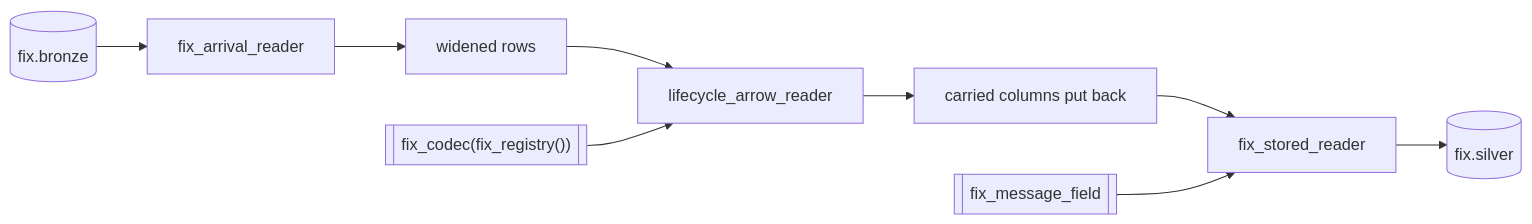
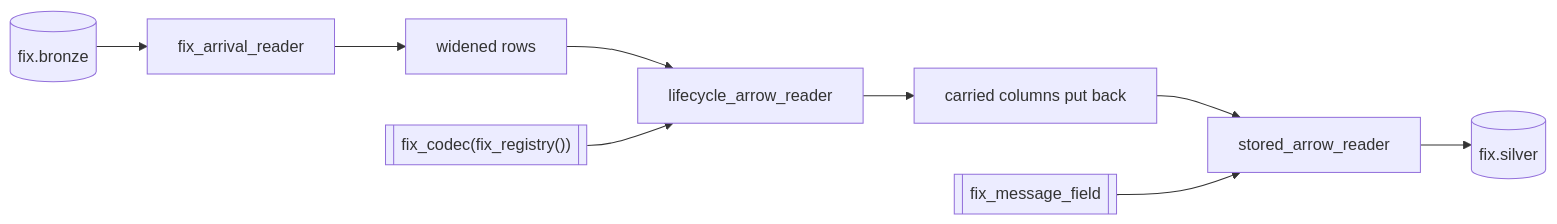
The diagram in docs/pipeline/tasks/parse-fix-silver.md (Platob/yggfin), drawn with Mermaid before and after one commit. The commit also changed other lines of this file and 38 other files, not shown here.

````diff
--- a/docs/pipeline/tasks/parse-fix-silver.md
+++ b/docs/pipeline/tasks/parse-fix-silver.md
@@ -125,11 +125,11 @@
 ```mermaid
 flowchart LR
     B[("fix.bronze")] --> O["fix_arrival_reader"]
     O --> W["widened rows"]
     W --> L["lifecycle_arrow_reader"]
     D[["fix_codec(fix_registry())"]] --> L
     L --> C["carried columns put back"]
-    C --> A["fix_stored_reader"]
+    C --> A["stored_arrow_reader"]
     N[["fix_message_field"]] --> A
     A --> S[("fix.silver")]
 ```
````
